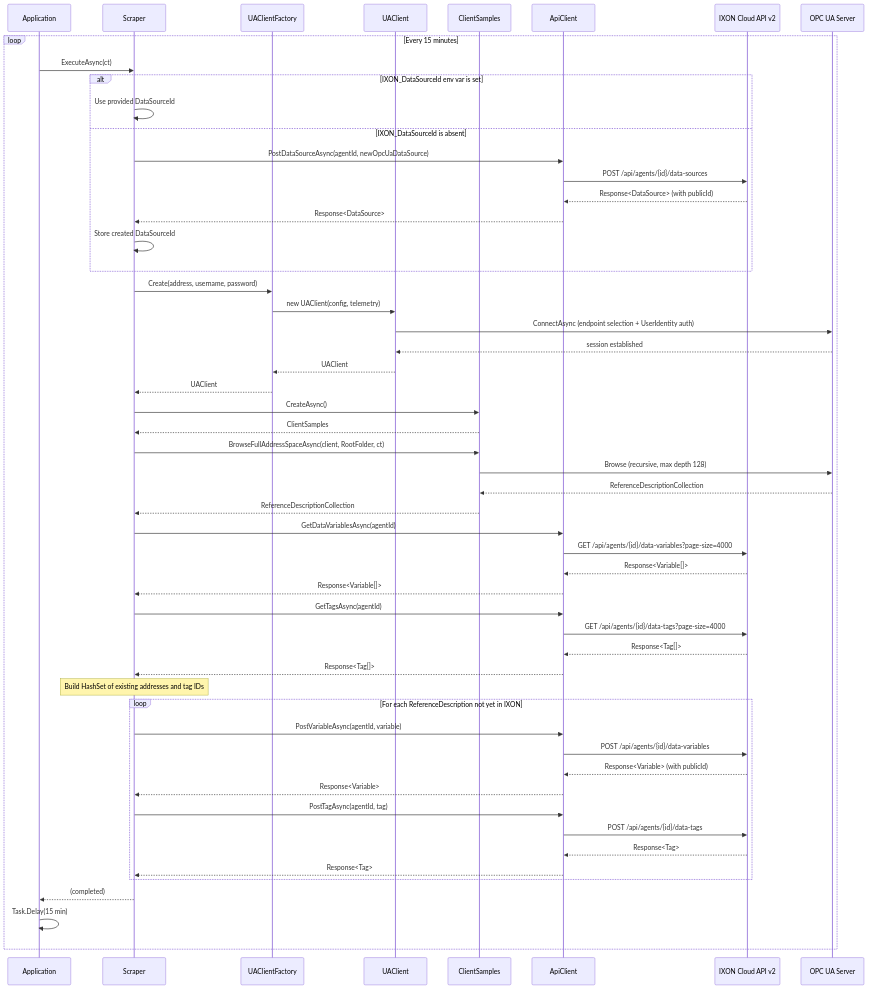
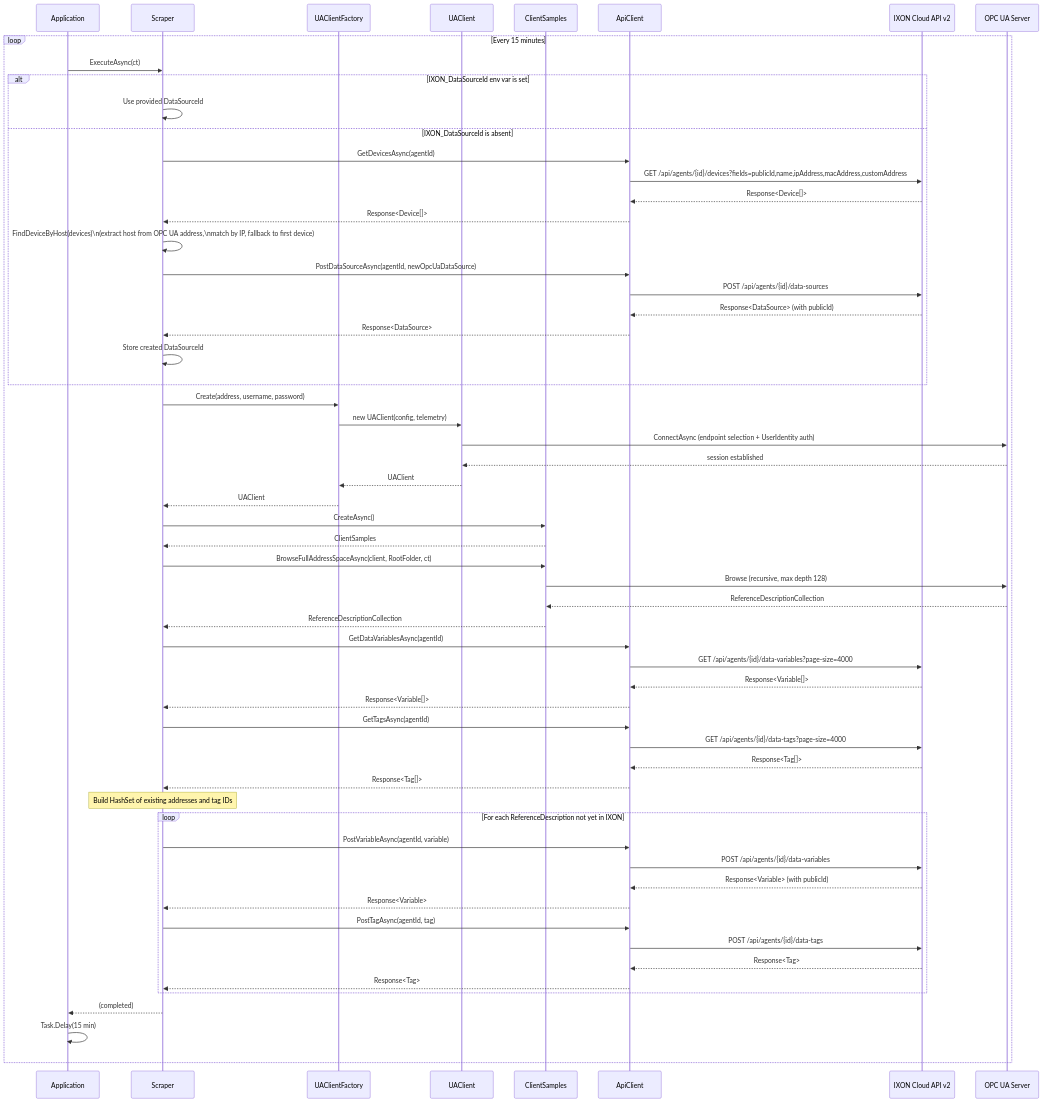
One commit to Rebel-it/rebel-ot-discover-edgeapp changed the first of 3 diagrams in docs/06_runtime_view.adoc. Above: the diagram before and after it, drawn with Mermaid. The commit also changed other lines of this file and 1 other file, not shown here.

Commit message:
Enhance documentation and logic for OPC UA data source resolution: add device fetching and matching by IP address in Scraper workflow

```diff
--- a/docs/06_runtime_view.adoc
+++ b/docs/06_runtime_view.adoc
@@ -10,68 +10,73 @@
 [mermaid]
 ....
 sequenceDiagram
     participant App as Application
     participant Sc as Scraper
     participant UF as UAClientFactory
     participant UA as UAClient
     participant CS as ClientSamples
     participant AC as ApiClient
     participant IXON as IXON Cloud API v2
     participant OPC as OPC UA Server
 
     loop Every 15 minutes
         App->>Sc: ExecuteAsync(ct)
 
         alt IXON_DataSourceId env var is set
             Sc->>Sc: Use provided DataSourceId
         else IXON_DataSourceId is absent
+            Sc->>AC: GetDevicesAsync(agentId)
+            AC->>IXON: GET /api/agents/{id}/devices?fields=publicId,name,ipAddress,macAddress,customAddress
+            IXON-->>AC: Response<Device[]>
+            AC-->>Sc: Response<Device[]>
+            Sc->>Sc: FindDeviceByHost(devices)\n(extract host from OPC UA address,\nmatch by IP, fallback to first device)
             Sc->>AC: PostDataSourceAsync(agentId, newOpcUaDataSource)
             AC->>IXON: POST /api/agents/{id}/data-sources
             IXON-->>AC: Response<DataSource> (with publicId)
             AC-->>Sc: Response<DataSource>
             Sc->>Sc: Store created DataSourceId
         end
 
         Sc->>UF: Create(address, username, password)
         UF->>UA: new UAClient(config, telemetry)
         UA->>OPC: ConnectAsync (endpoint selection + UserIdentity auth)
         OPC-->>UA: session established
         UA-->>UF: UAClient
         UF-->>Sc: UAClient
 
         Sc->>CS: CreateAsync()
         CS-->>Sc: ClientSamples
 
         Sc->>CS: BrowseFullAddressSpaceAsync(client, RootFolder, ct)
         CS->>OPC: Browse (recursive, max depth 128)
         OPC-->>CS: ReferenceDescriptionCollection
         CS-->>Sc: ReferenceDescriptionCollection
 
         Sc->>AC: GetDataVariablesAsync(agentId)
         AC->>IXON: GET /api/agents/{id}/data-variables?page-size=4000
         IXON-->>AC: Response<Variable[]>
         AC-->>Sc: Response<Variable[]>
 
         Sc->>AC: GetTagsAsync(agentId)
         AC->>IXON: GET /api/agents/{id}/data-tags?page-size=4000
         IXON-->>AC: Response<Tag[]>
         AC-->>Sc: Response<Tag[]>
 
         Note over Sc: Build HashSet of existing addresses and tag IDs
 
         loop For each ReferenceDescription not yet in IXON
             Sc->>AC: PostVariableAsync(agentId, variable)
             AC->>IXON: POST /api/agents/{id}/data-variables
             IXON-->>AC: Response<Variable> (with publicId)
             AC-->>Sc: Response<Variable>
 
             Sc->>AC: PostTagAsync(agentId, tag)
             AC->>IXON: POST /api/agents/{id}/data-tags
             IXON-->>AC: Response<Tag>
             AC-->>Sc: Response<Tag>
         end
 
         Sc-->>App: (completed)
         App->>App: Task.Delay(15 min)
     end
 ....
```
